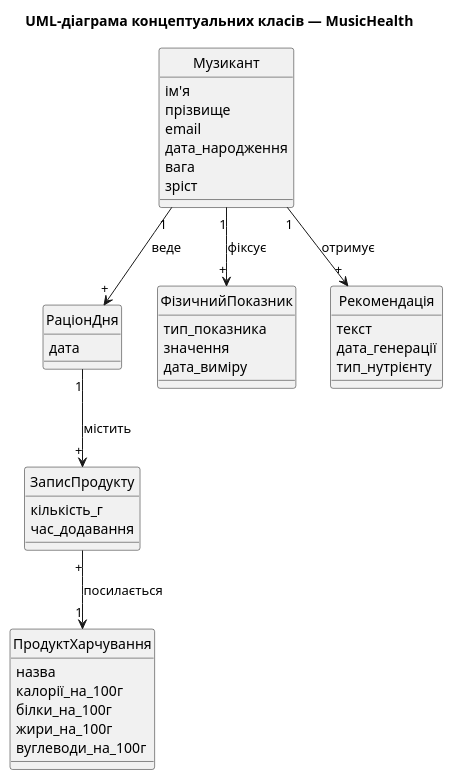
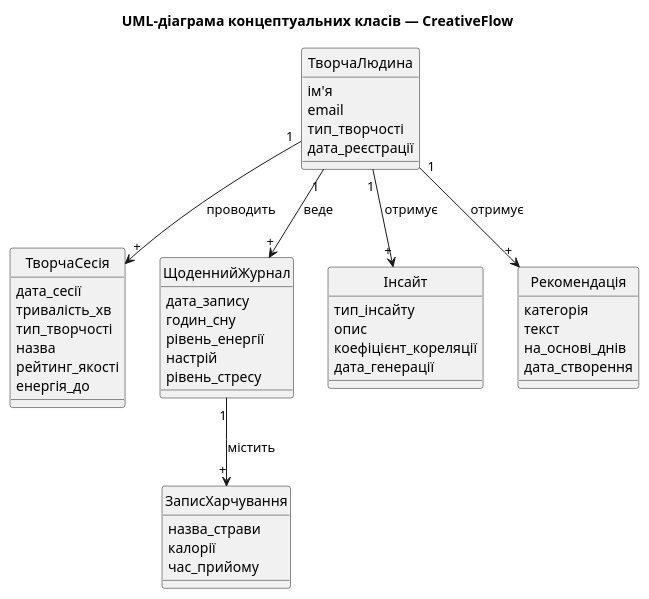
Before and after one commit to dariatkachenkos/software-product-development: the diagram in SoftWareProductDevelopment/2-SoftwareDesign/2.1-UMLConceptClasses/UML-ConceptClasses.puml, drawn with PlantUML. The commit also changed 26 other files, not shown here.

First line of the commit message:
Redesign: MusicHealth → CreativeFlow — трекер якості творчого life

```diff
--- a/SoftWareProductDevelopment/2-SoftwareDesign/2.1-UMLConceptClasses/UML-ConceptClasses.puml
+++ b/SoftWareProductDevelopment/2-SoftwareDesign/2.1-UMLConceptClasses/UML-ConceptClasses.puml
@@ -1,50 +1,56 @@
 @startuml
 
 hide circle
-title UML-діаграма концептуальних класів — MusicHealth
+title UML-діаграма концептуальних класів — CreativeFlow
 
-class Музикант {
+class ТворчаЛюдина {
     ім'я
-    прізвище
     email
-    дата_народження
-    вага
-    зріст
+    тип_творчості
+    дата_реєстрації
 }
 
-class РаціонДня {
-    дата
+class ТворчаСесія {
+    дата_сесії
+    тривалість_хв
+    тип_творчості
+    назва
+    рейтинг_якості
+    енергія_до
 }
 
-class ПродуктХарчування {
-    назва
-    калорії_на_100г
-    білки_на_100г
-    жири_на_100г
-    вуглеводи_на_100г
+class ЩоденнийЖурнал {
+    дата_запису
+    годин_сну
+    рівень_енергії
+    настрій
+    рівень_стресу
 }
 
-class ЗаписПродукту {
-    кількість_г
-    час_додавання
+class ЗаписХарчування {
+    назва_страви
+    калорії
+    час_прийому
 }
 
-class ФізичнийПоказник {
-    тип_показника
-    значення
-    дата_виміру
+class Інсайт {
+    тип_інсайту
+    опис
+    коефіцієнт_кореляції
+    дата_генерації
 }
 
 class Рекомендація {
+    категорія
     текст
-    дата_генерації
-    тип_нутрієнту
+    на_основі_днів
+    дата_створення
 }
 
-Музикант "1" --> "+" РаціонДня : веде
-РаціонДня "1" --> "+" ЗаписПродукту : містить
-ЗаписПродукту "+" --> "1" ПродуктХарчування : посилається
-Музикант "1" --> "+" ФізичнийПоказник : фіксує
-Музикант "1" --> "+" Рекомендація : отримує
+ТворчаЛюдина "1" --> "+" ТворчаСесія : проводить
+ТворчаЛюдина "1" --> "+" ЩоденнийЖурнал : веде
+ЩоденнийЖурнал "1" --> "+" ЗаписХарчування : містить
+ТворчаЛюдина "1" --> "+" Інсайт : отримує
+ТворчаЛюдина "1" --> "+" Рекомендація : отримує
 
 @enduml
```
